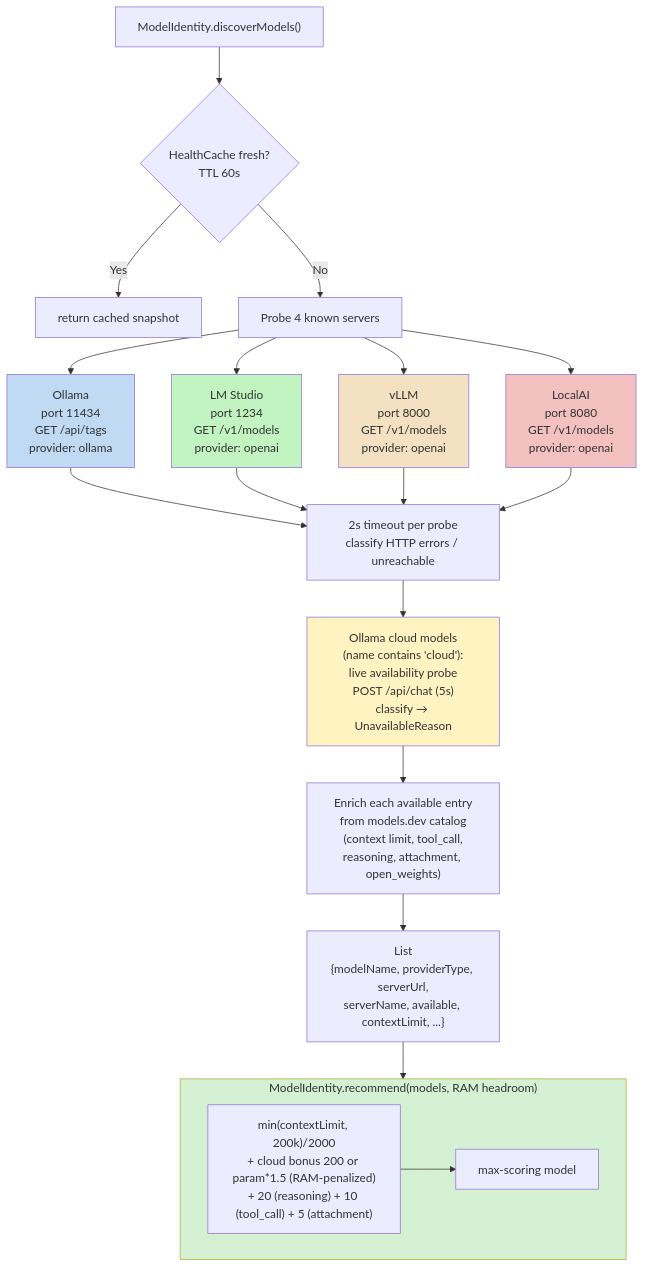
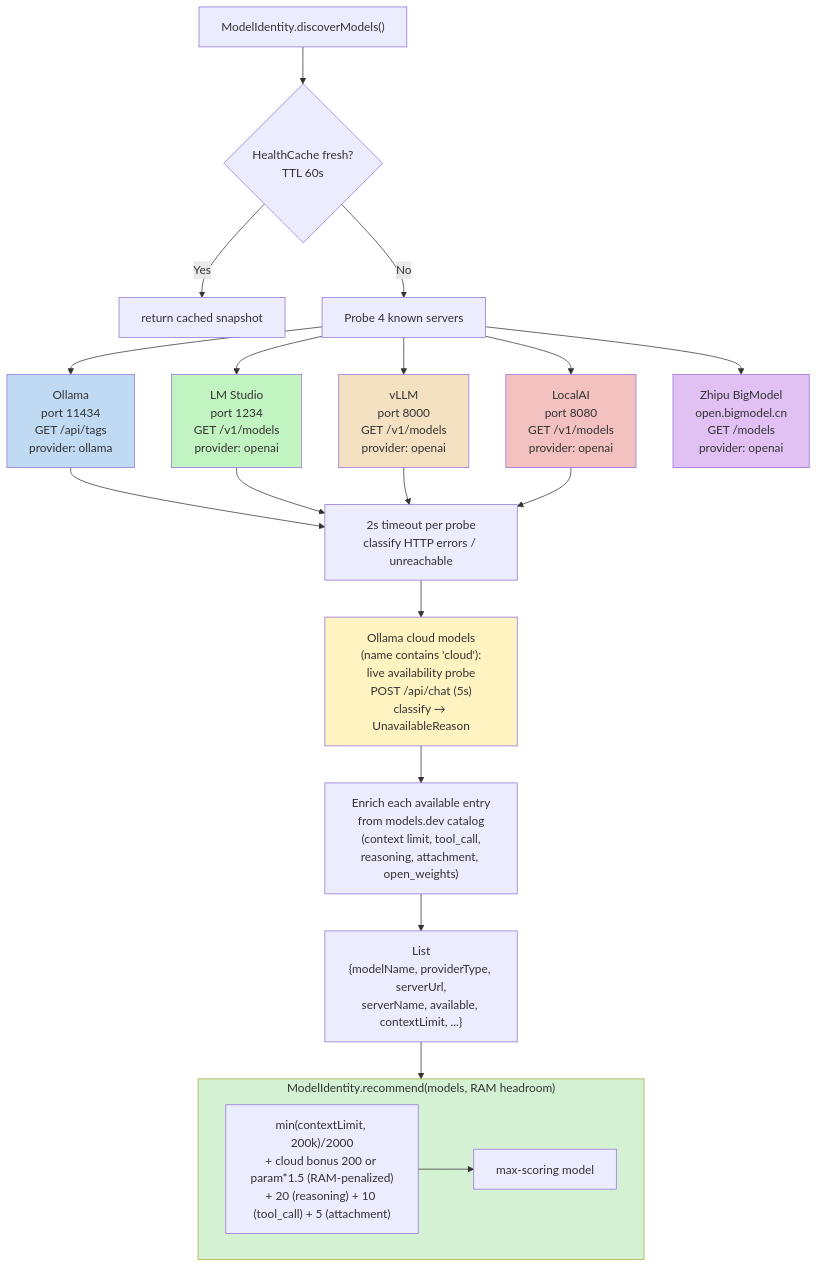
The tenth of 29 diagrams in docs/ARCHITECTURE.md (lg841226/Gradum), drawn with Mermaid before and after one commit. The commit also changed other lines of this file, not shown here.

First line of the commit message:
Update ARCHITECTURE.md with Zhipu BigModel support

````diff
--- a/docs/ARCHITECTURE.md
+++ b/docs/ARCHITECTURE.md
@@ -768,30 +770,32 @@
 ```mermaid
 flowchart TD
     START["ModelIdentity.discoverModels()"] --> CACHE{HealthCache fresh?<br/>TTL 60s}
     CACHE -- Yes --> CACHED["return cached snapshot"]
     CACHE -- No --> PROBE[Probe 4 known servers]
     PROBE --> P1[Ollama<br/>port 11434<br/>GET /api/tags<br/>provider: ollama]
     PROBE --> P2[LM Studio<br/>port 1234<br/>GET /v1/models<br/>provider: openai]
     PROBE --> P3[vLLM<br/>port 8000<br/>GET /v1/models<br/>provider: openai]
     PROBE --> P4[LocalAI<br/>port 8080<br/>GET /v1/models<br/>provider: openai]
+    PROBE --> P5["Zhipu BigModel<br/>open.bigmodel.cn<br/>GET /models<br/>provider: openai"]
     P1 --> R1["2s timeout per probe<br/>classify HTTP errors / unreachable"]
     P2 --> R1
     P3 --> R1
     P4 --> R1
 
     R1 --> CLOUD["Ollama cloud models<br/>(name contains 'cloud'):<br/>live availability probe<br/>POST /api/chat (5s)<br/>classify → UnavailableReason"]
     CLOUD --> META["Enrich each available entry<br/>from models.dev catalog<br/>(context limit, tool_call,<br/>reasoning, attachment, open_weights)"]
     META --> RESULT["List<ModelEntry><br/>{modelName, providerType, serverUrl,<br/>serverName, available, contextLimit, ...}"]
 
     subgraph RECOMMEND["ModelIdentity.recommend(models, RAM headroom)"]
         SCORE["min(contextLimit, 200k)/2000<br/>+ cloud bonus 200 or param*1.5 (RAM-penalized)<br/>+ 20 (reasoning) + 10 (tool_call) + 5 (attachment)"]
         SCORE --> BEST["max-scoring model"]
     end
     RESULT --> RECOMMEND
     style P1 fill: #c1daf4
     style P2 fill: #c1f4c1
     style P3 fill: #f4e1c1
     style P4 fill: #f4c1c1
+    style P5 fill: #e1c1f4
     style CLOUD fill: #fff4c1
     style RECOMMEND fill: #d4f1d4
 ```
````
